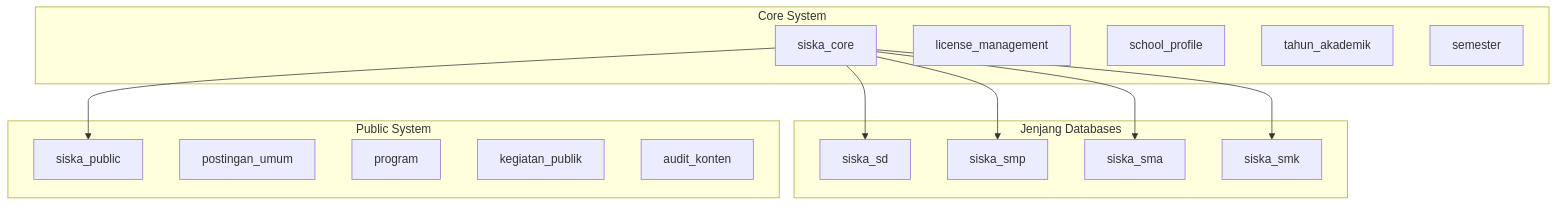
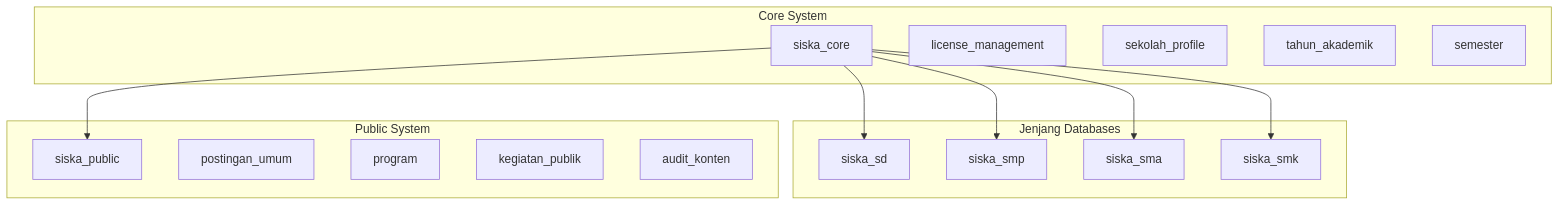
Before and after one commit to jejak-awan/siska: the first of 10 diagrams in .github/PROJECT_ARCHITECTURE.md, drawn with Mermaid. The commit also changed other lines of this file and 9 other files, not shown here.

````diff
--- a/.github/PROJECT_ARCHITECTURE.md
+++ b/.github/PROJECT_ARCHITECTURE.md
@@ -27,31 +27,31 @@
 ```mermaid
 graph TB
     subgraph "Core System"
         A[siska_core]
         A1[license_management]
-        A2[school_profile]
+        A2[sekolah_profile]
         A3[tahun_akademik]
         A4[semester]
     end
     
     subgraph "Jenjang Databases"
         B[siska_sd]
         C[siska_smp]
         D[siska_sma]
         E[siska_smk]
     end
     
     subgraph "Public System"
         F[siska_public]
         F1[postingan_umum]
         F2[program]
         F3[kegiatan_publik]
         F4[audit_konten]
     end
     
     A --> B
     A --> C
     A --> D
     A --> E
     A --> F
 ```
````
